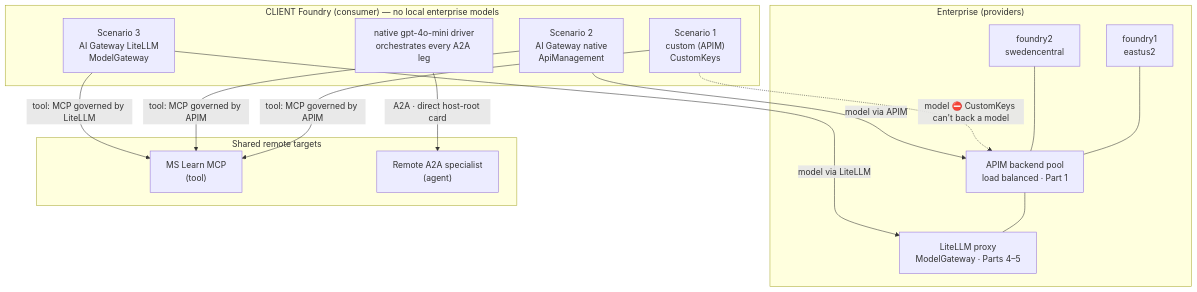
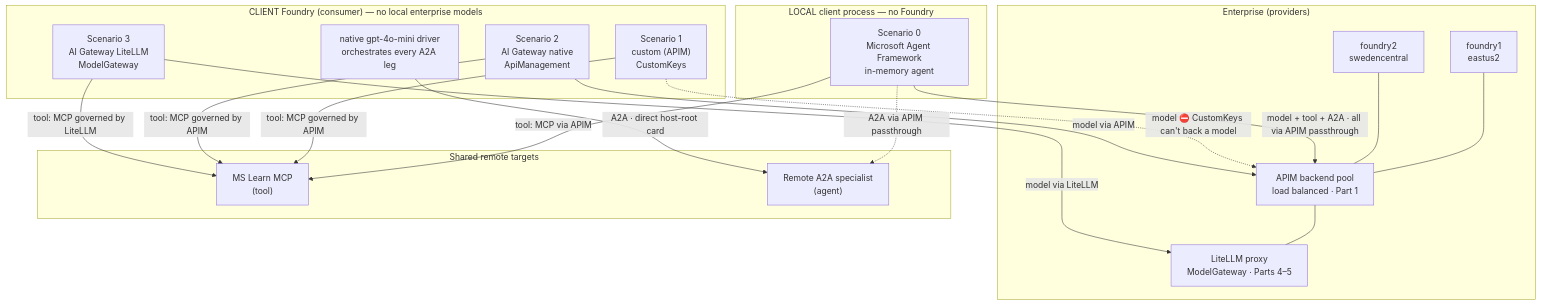
One commit to yelghali/foundry-ai-gateway changed the diagram in docs/workshop.md. Above: the diagram before and after it, drawn with Mermaid. The commit also changed other lines of this file and 4 other files, not shown here.

First line of the commit message:
Add Scenario 0: local Microsoft Agent Framework agents through APIM (no Foundry)

````diff
--- a/docs/workshop.md
+++ b/docs/workshop.md
@@ -804,29 +803,35 @@
 ```mermaid
 flowchart TB
   subgraph ENT["Enterprise (providers)"]
     F1["foundry1<br/>eastus2"]
     F2["foundry2<br/>swedencentral"]
     APIM["APIM backend pool<br/>load balanced · Part 1"]
     LITELLM["LiteLLM proxy<br/>ModelGateway · Parts 4–5"]
     F1 --- APIM
     F2 --- APIM
     APIM --- LITELLM
   end
   subgraph TARGETS["Shared remote targets"]
     MCP["MS Learn MCP<br/>(tool)"]
     A2A["Remote A2A specialist<br/>(agent)"]
   end
+  subgraph LOCAL["LOCAL client process — no Foundry"]
+    SC0["Scenario 0<br/>Microsoft Agent Framework<br/>in-memory agent"]
+  end
   subgraph CLIENT["CLIENT Foundry (consumer) — no local enterprise models"]
     SC1["Scenario 1<br/>custom (APIM)<br/>CustomKeys"]
     SC2["Scenario 2<br/>AI Gateway native<br/>ApiManagement"]
     SC3["Scenario 3<br/>AI Gateway LiteLLM<br/>ModelGateway"]
     DRIVER["native gpt-4o-mini driver<br/>orchestrates every A2A leg"]
   end
+  SC0 -- "model + tool + A2A · all via APIM passthrough" --> APIM
+  SC0 -- "tool: MCP via APIM" --> MCP
+  SC0 -. "A2A via APIM passthrough" .-> A2A
   SC1 -. "model ⛔ CustomKeys can't back a model" .-> APIM
   SC1 -- "tool: MCP governed by APIM" --> MCP
   SC2 -- "model via APIM" --> APIM
   SC2 -- "tool: MCP governed by APIM" --> MCP
   SC3 -- "model via LiteLLM" --> LITELLM
   SC3 -- "tool: MCP governed by LiteLLM" --> MCP
   DRIVER -- "A2A · direct host-root card" --> A2A
 ```
````
